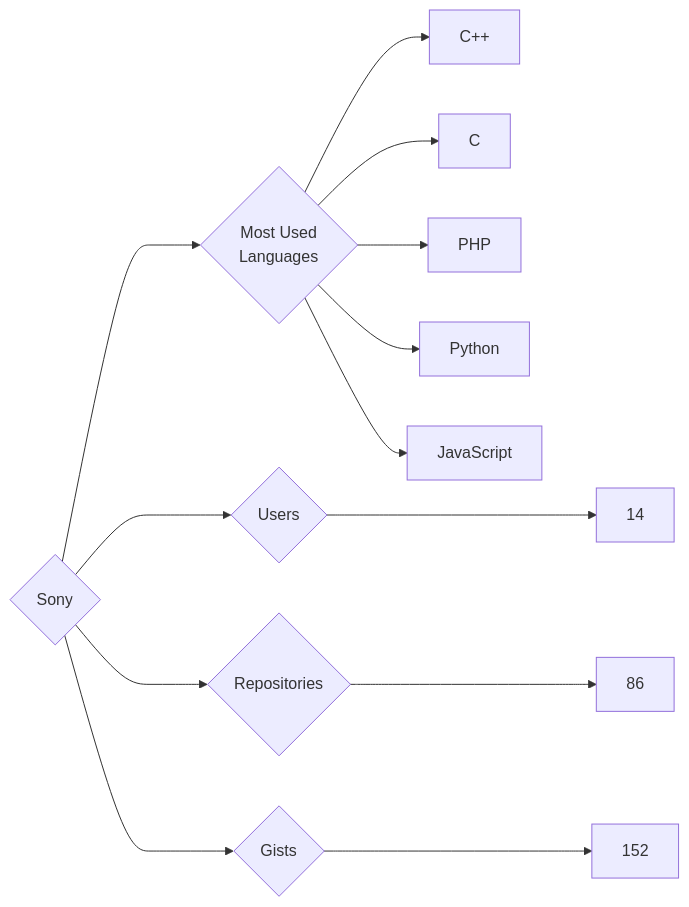
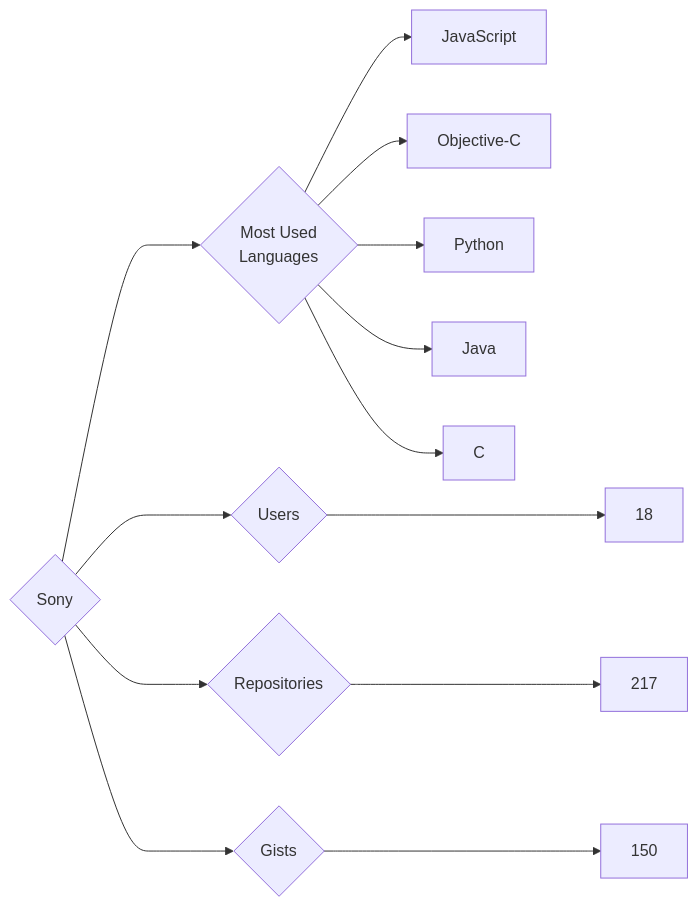
Before and after one commit to trickest/insiders: the diagram in targets/Sony/README.md, drawn with Mermaid. The commit also changed 835 other files, not shown here.

````diff
--- a/targets/Sony/README.md
+++ b/targets/Sony/README.md
@@ -3,13 +3,13 @@
 ```mermaid
 graph LR
 COMPANY_NAME{Sony}
-COMPANY_NAME ---> U{Users} ---> UN[14]
-COMPANY_NAME ---> R{Repositories} ---> RN[86]
-COMPANY_NAME ---> G{Gists} ---> GN[152]
+COMPANY_NAME ---> U{Users} ---> UN[18]
+COMPANY_NAME ---> R{Repositories} ---> RN[217]
+COMPANY_NAME ---> G{Gists} ---> GN[150]
 COMPANY_NAME ---> ML{Most Used<br>Languages}
-ML --> C++[C++]
+ML --> JavaScript[JavaScript]
+ML --> Objective-C[Objective-C]
+ML --> Python[Python]
+ML --> Java[Java]
 ML --> C[C]
-ML --> PHP[PHP]
-ML --> Python[Python]
-ML --> JavaScript[JavaScript]
 ```
````
